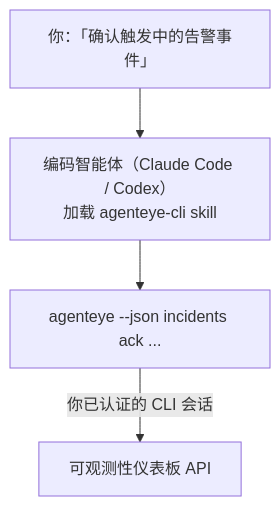
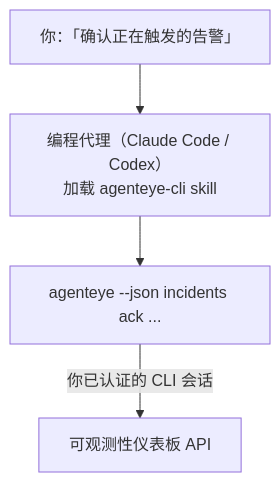
The diagram in docs/zh/agenteye/cli-skill.mdx (FailproofAI/failproofai), drawn with Mermaid before and after one commit. The commit also changed other lines of this file and 651 other files, not shown here.

````diff
--- a/docs/zh/agenteye/cli-skill.mdx
+++ b/docs/zh/agenteye/cli-skill.mdx
@@ -28,6 +28,6 @@
 ```mermaid
 flowchart TD
-    YOU["你：「确认触发中的告警事件」"] --> AGENT["编码智能体（Claude Code / Codex）<br/>加载 agenteye-cli skill"]
+    YOU["你：「确认正在触发的告警」"] --> AGENT["编程代理（Claude Code / Codex）<br/>加载 agenteye-cli skill"]
     AGENT --> CLI["agenteye --json incidents ack ..."]
     CLI -->|你已认证的 CLI 会话| API["可观测性仪表板 API"]
 ```
````
